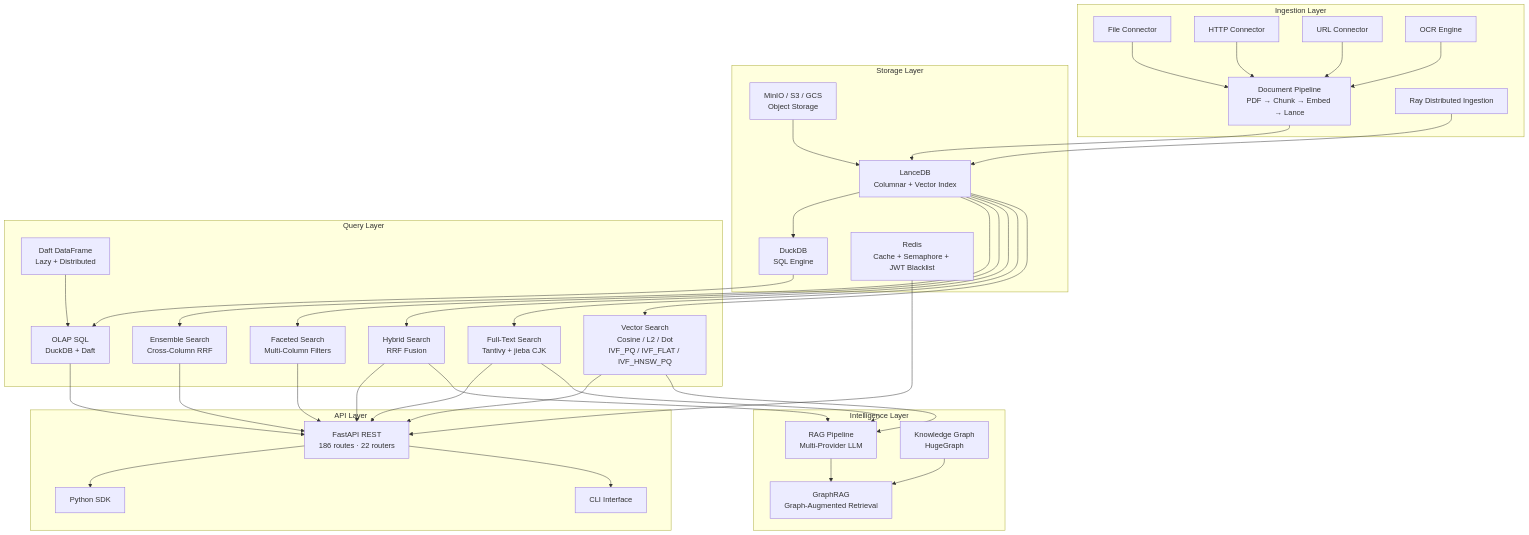
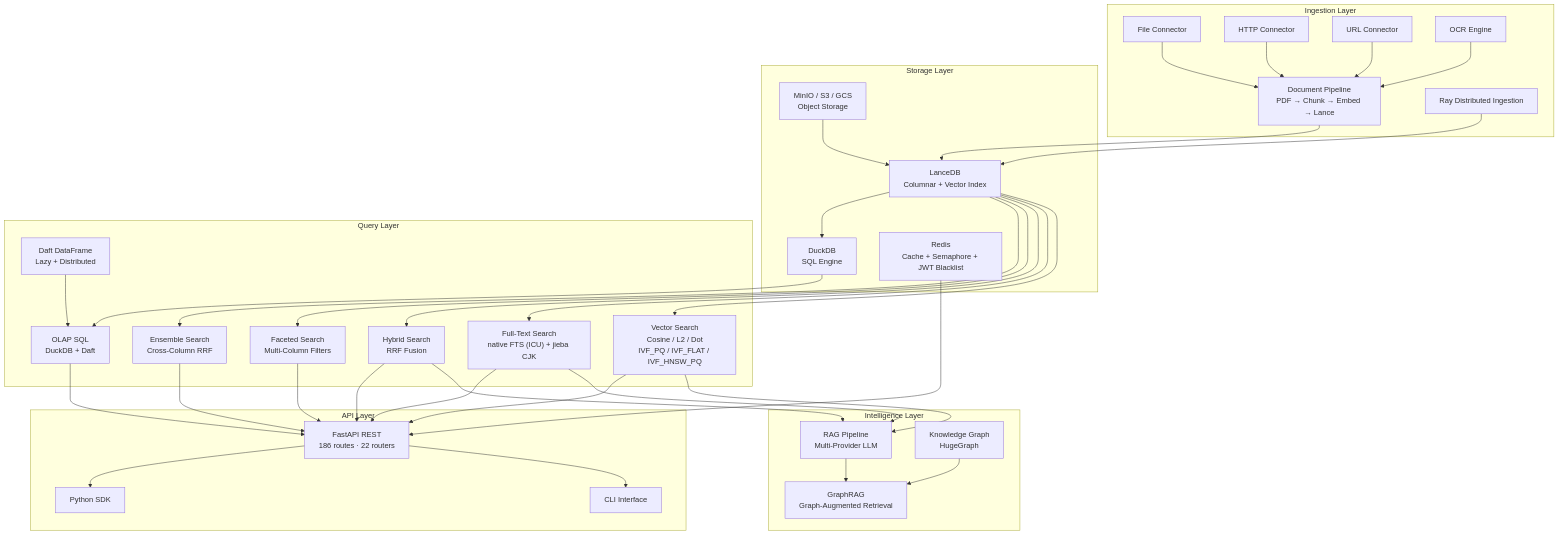
Before and after one commit to witsmaotech/arrow-lake: the first of 2 diagrams in docs/arrow-lake-product-introduction-zh.md, drawn with Mermaid. The commit also changed other lines of this file and 5 other files, not shown here.

First line of the commit message:
docs(fts): 清理遗留 Tantivy 字样 → native FTS (ICU)

````diff
--- a/docs/arrow-lake-product-introduction-zh.md
+++ b/docs/arrow-lake-product-introduction-zh.md
@@ -25,59 +25,59 @@
 ```mermaid
 graph TB
     subgraph Ingestion["Ingestion Layer"]
         F["File Connector"]
         H["HTTP Connector"]
         U["URL Connector"]
         OCR["OCR Engine"]
         DOC["Document Pipeline<br/>PDF → Chunk → Embed → Lance"]
         INJ["Ray Distributed Ingestion"]
     end
 
     subgraph Storage["Storage Layer"]
         LANCE["LanceDB<br/>Columnar + Vector Index"]
         MINIO["MinIO / S3 / GCS<br/>Object Storage"]
         DUCK["DuckDB<br/>SQL Engine"]
         REDIS["Redis<br/>Cache + Semaphore + JWT Blacklist"]
     end
 
     subgraph Query["Query Layer"]
         VS["Vector Search<br/>Cosine / L2 / Dot<br/>IVF_PQ / IVF_FLAT / IVF_HNSW_PQ"]
-        FTS["Full-Text Search<br/>Tantivy + jieba CJK"]
+        FTS["Full-Text Search<br/>native FTS (ICU) + jieba CJK"]
         HS["Hybrid Search<br/>RRF Fusion"]
         FAC["Faceted Search<br/>Multi-Column Filters"]
         ENS["Ensemble Search<br/>Cross-Column RRF"]
         OLAP["OLAP SQL<br/>DuckDB + Daft"]
         DFT["Daft DataFrame<br/>Lazy + Distributed"]
     end
 
     subgraph Intel["Intelligence Layer"]
         RAG["RAG Pipeline<br/>Multi-Provider LLM"]
         KG["Knowledge Graph<br/>HugeGraph"]
         GRAG["GraphRAG<br/>Graph-Augmented Retrieval"]
     end
 
     subgraph API["API Layer"]
         REST["FastAPI REST<br/>186 routes · 22 routers"]
         CLI["CLI Interface"]
         SDK["Python SDK"]
     end
 
     DOC --> LANCE
     INJ --> LANCE
     F & H & U --> DOC
     OCR --> DOC
 
     LANCE --> VS & FTS & HS & FAC & ENS
     LANCE --> DUCK
     MINIO --> LANCE
     REDIS --> REST
     DUCK --> OLAP
     DFT --> OLAP
 
     VS & FTS & HS --> RAG
     KG --> GRAG
     RAG --> GRAG
 
     VS & FTS & HS & FAC & ENS & OLAP --> REST
     REST --> CLI & SDK
 ```
````
